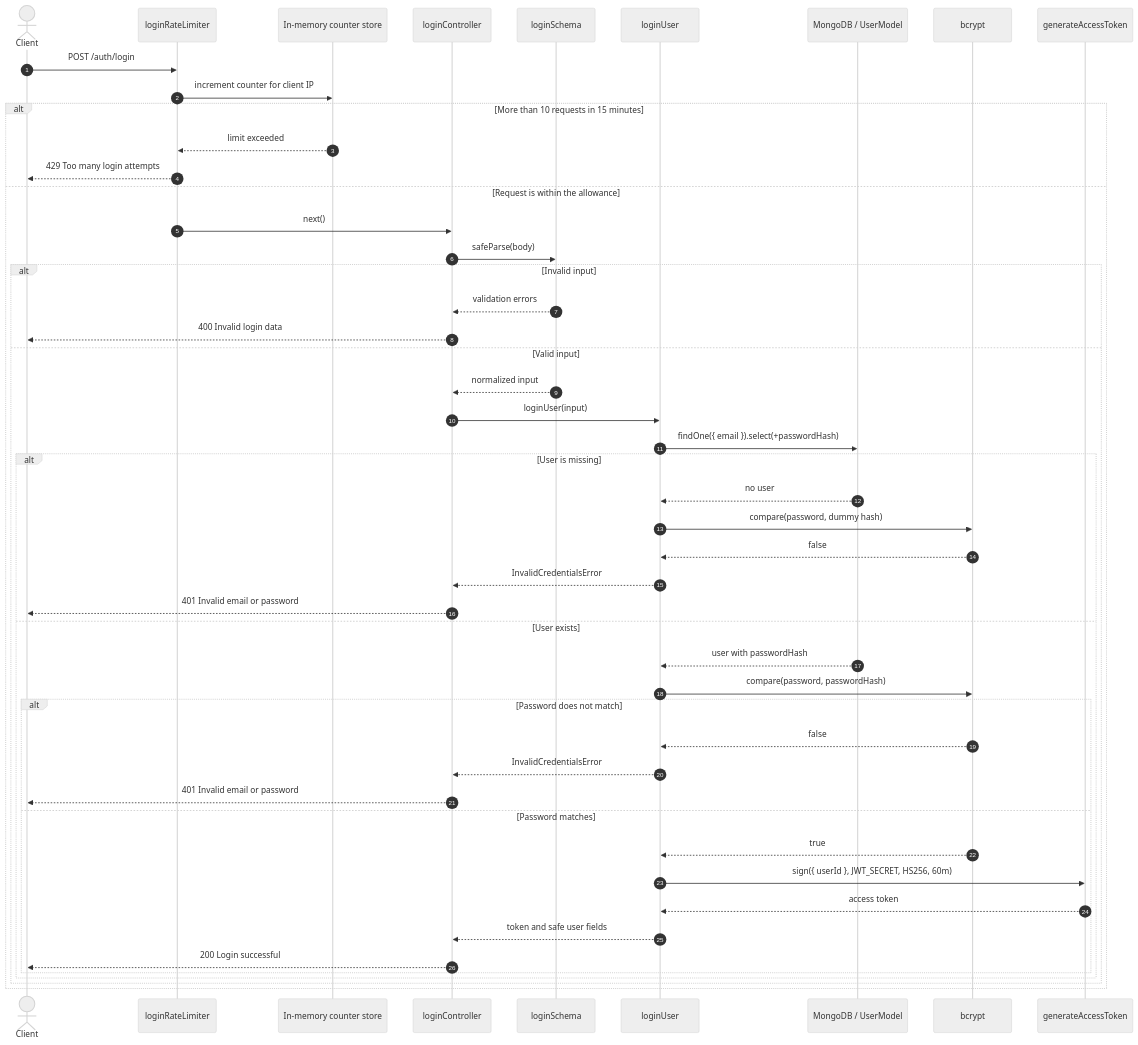
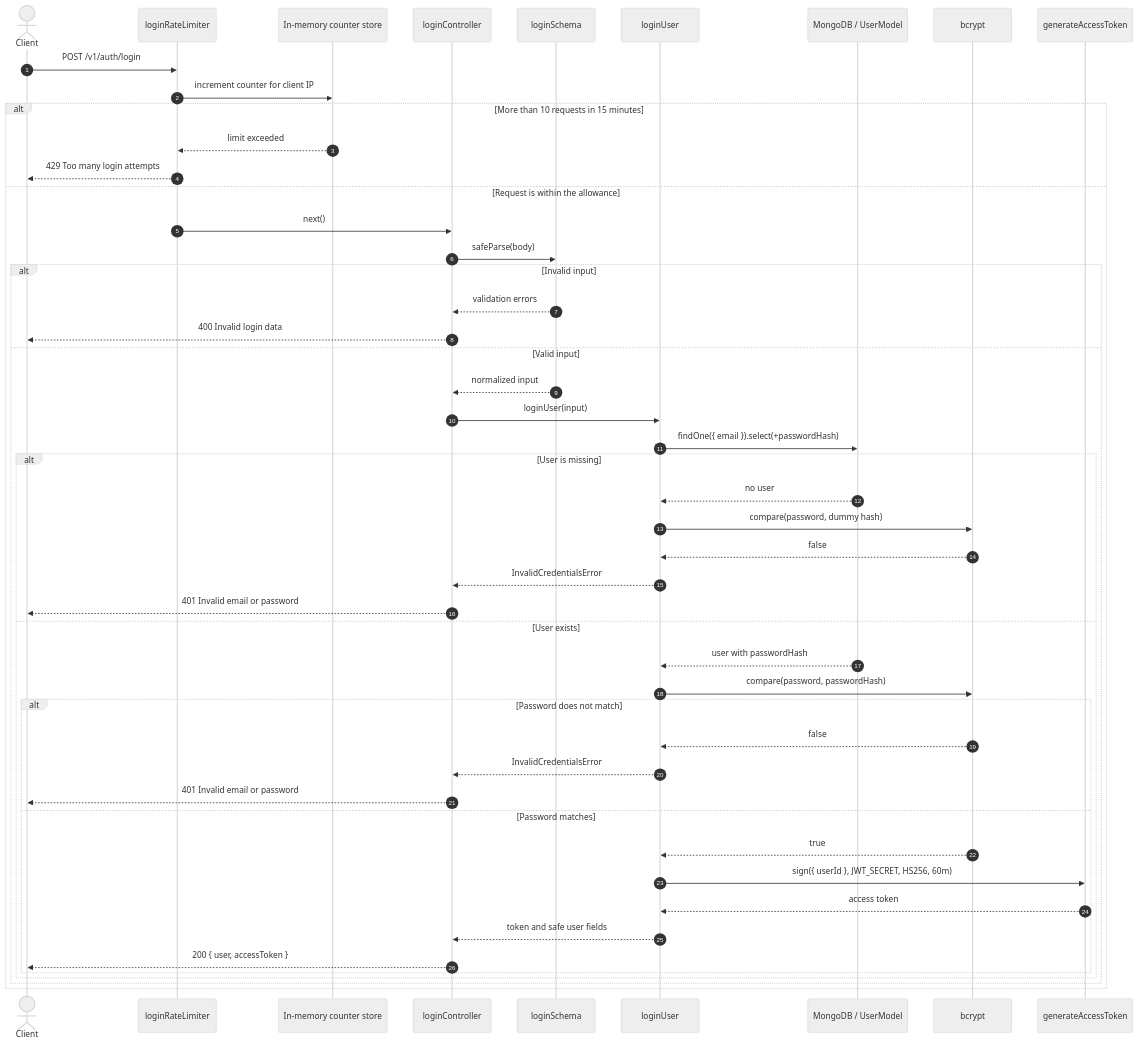
The third of 4 diagrams in docs/architecture/authentication.md (Rithvik911/Poolr), drawn with Mermaid (neutral theme) before and after one commit. The commit also changed other lines of this file and 29 other files, not shown here.

````diff
--- a/docs/architecture/authentication.md
+++ b/docs/architecture/authentication.md
@@ -93,52 +93,52 @@
 ```mermaid
 sequenceDiagram
     autonumber
     actor Client
     participant Limiter as loginRateLimiter
     participant Store as In-memory counter store
     participant Controller as loginController
     participant Schema as loginSchema
     participant Service as loginUser
     participant Mongo as MongoDB / UserModel
     participant Bcrypt as bcrypt
     participant JWT as generateAccessToken
 
-    Client->>Limiter: POST /auth/login
+    Client->>Limiter: POST /v1/auth/login
     Limiter->>Store: increment counter for client IP
     alt More than 10 requests in 15 minutes
         Store-->>Limiter: limit exceeded
         Limiter-->>Client: 429 Too many login attempts
     else Request is within the allowance
         Limiter->>Controller: next()
         Controller->>Schema: safeParse(body)
         alt Invalid input
             Schema-->>Controller: validation errors
             Controller-->>Client: 400 Invalid login data
         else Valid input
             Schema-->>Controller: normalized input
             Controller->>Service: loginUser(input)
             Service->>Mongo: findOne({ email }).select(+passwordHash)
             alt User is missing
                 Mongo-->>Service: no user
                 Service->>Bcrypt: compare(password, dummy hash)
                 Bcrypt-->>Service: false
                 Service-->>Controller: InvalidCredentialsError
                 Controller-->>Client: 401 Invalid email or password
             else User exists
                 Mongo-->>Service: user with passwordHash
                 Service->>Bcrypt: compare(password, passwordHash)
                 alt Password does not match
                     Bcrypt-->>Service: false
                     Service-->>Controller: InvalidCredentialsError
                     Controller-->>Client: 401 Invalid email or password
                 else Password matches
                     Bcrypt-->>Service: true
                     Service->>JWT: sign({ userId }, JWT_SECRET, HS256, 60m)
                     JWT-->>Service: access token
                     Service-->>Controller: token and safe user fields
-                    Controller-->>Client: 200 Login successful
+                    Controller-->>Client: 200 { user, accessToken }
                 end
             end
         end
     end
 ```
````
